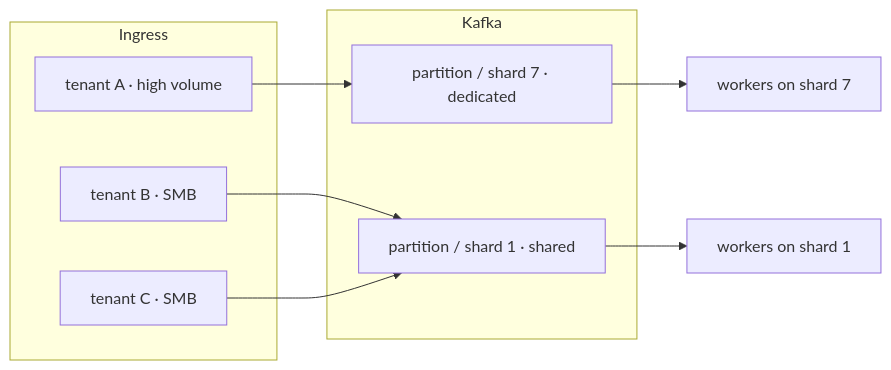
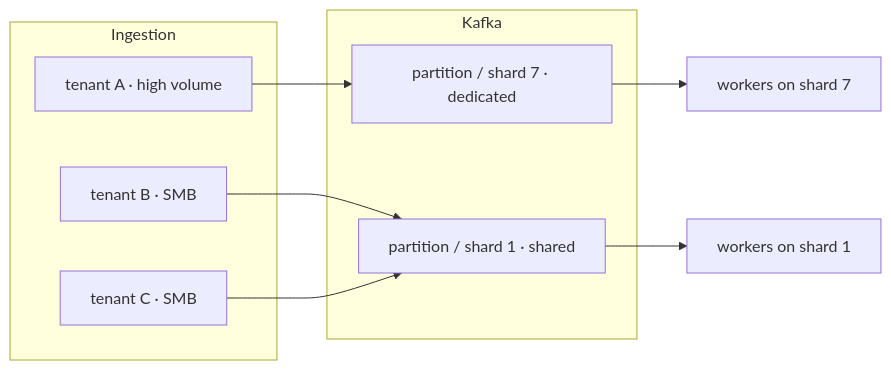
The diagram in docs/CAPACITY.md (shree6791/invoice-extraction), drawn with Mermaid before and after one commit. The commit also changed other lines of this file and 1 other file, not shown here.

Commit message:
Clarify GPU sizing derivation and tighten SIZING.md prose.
Rename Ingress to Ingestion in CAPACITY.md for consistency with the accept/enqueue tier terminology.

````diff
--- a/docs/CAPACITY.md
+++ b/docs/CAPACITY.md
@@ -103,19 +103,19 @@
 ```mermaid
 flowchart LR
-  subgraph Ingress
+  subgraph Ingestion
     T1[tenant A · high volume]
     T2[tenant B · SMB]
     T3[tenant C · SMB]
   end
 
   subgraph Kafka
     P7[partition / shard 7 · dedicated]
     P1[partition / shard 1 · shared]
   end
 
   T1 --> P7
   T2 --> P1
   T3 --> P1
   P7 --> W7[workers on shard 7]
   P1 --> W1[workers on shard 1]
 ```
````
